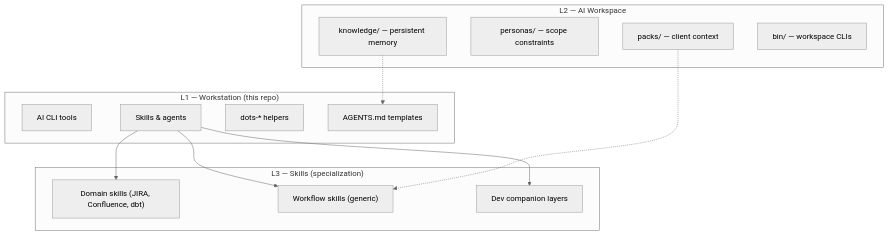
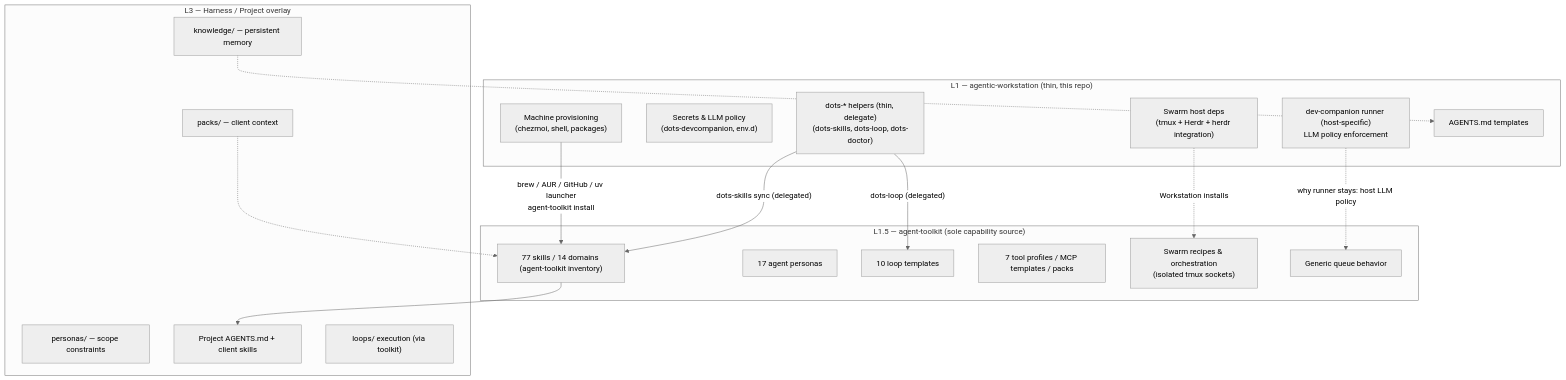
One commit to ulises-jeremias/agentic-workstation changed the second of 3 diagrams in docs/AGENTIC_HARNESS.md. Above: the diagram before and after it, drawn with Mermaid (neutral theme). The commit also changed other lines of this file and 21 other files, not shown here.

First line of the commit message:
arch: normalize Workstation thin boundary (#215)

````diff
--- a/docs/AGENTIC_HARNESS.md
+++ b/docs/AGENTIC_HARNESS.md
@@ -55,28 +59,37 @@
 ```mermaid
 graph TD
-    subgraph "L1 — Workstation (this repo)"
-        W1["AI CLI tools"]
-        W2["Skills & agents"]
-        W3["dots-* helpers"]
-        W4["AGENTS.md templates"]
+    subgraph "L1 — agentic-workstation (thin, this repo)"
+        W1["Machine provisioning<br/>(chezmoi, shell, packages)"]
+        W2["Secrets & LLM policy<br/>(dots-devcompanion, env.d)"]
+        W3["dots-* helpers (thin, delegate)<br/>(dots-skills, dots-loop, dots-doctor)"]
+        W4["dev-companion runner (host-specific)<br/>LLM policy enforcement"]
+        W5["Swarm host deps<br/>(tmux + Herdr + herdr integration)"]
+        W6["AGENTS.md templates"]
     end
 
-    subgraph "L2 — AI Workspace"
+    subgraph "L1.5 — agent-toolkit (sole capability source)"
+        K1["77 skills / 14 domains (agent-toolkit inventory)"]
+        K2["17 agent personas"]
+        K3["10 loop templates"]
+        K4["7 tool profiles / MCP templates / packs"]
+        K5["Swarm recipes & orchestration<br/>(isolated tmux sockets)"]
+        K6["Generic queue behavior"]
+    end
+
+    subgraph "L3 — Harness / Project overlay"
         S1["knowledge/ — persistent memory"]
         S2["personas/ — scope constraints"]
         S3["packs/ — client context"]
-        S4["bin/ — workspace CLIs"]
+        S4["Project AGENTS.md + client skills"]
+        S5["loops/ execution (via toolkit)"]
     end
 
-    subgraph "L3 — Skills (specialization)"
-        K1["Domain skills (JIRA, Confluence, dbt)"]
-        K2["Workflow skills (generic)"]
-        K3["Dev companion layers"]
-    end
-
-    W2 --> K1
-    W2 --> K2
-    W2 --> K3
-    S1 -.-> W4
-    S3 -.-> K2
+    W1 -->|"brew / AUR / GitHub / uv launcher<br/>agent-toolkit install"| K1
+    W3 -->|"dots-skills sync (delegated)"| K1
+    W3 -->|"dots-loop (delegated)"| K3
+    W5 -.->|"Workstation installs"| K5
+    W4 -.->|"why runner stays: host LLM policy"| K6
+    K1 --> S4
+    S1 -.-> W6
+    S3 -.-> K1
 ```
````
